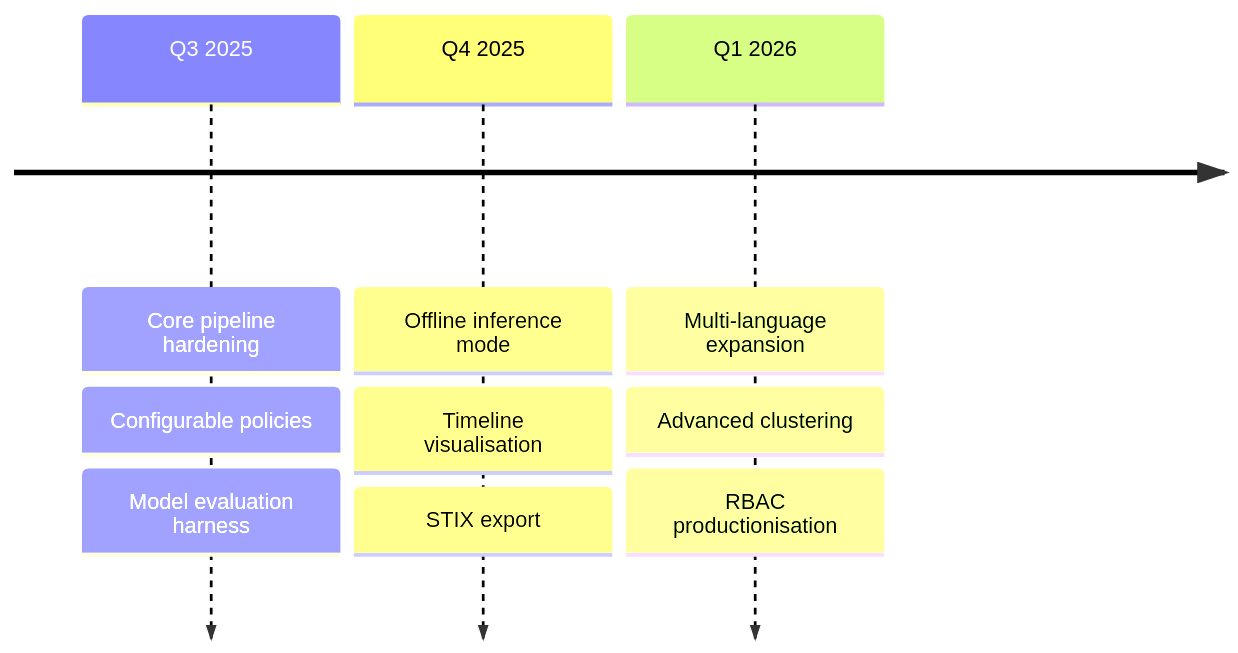
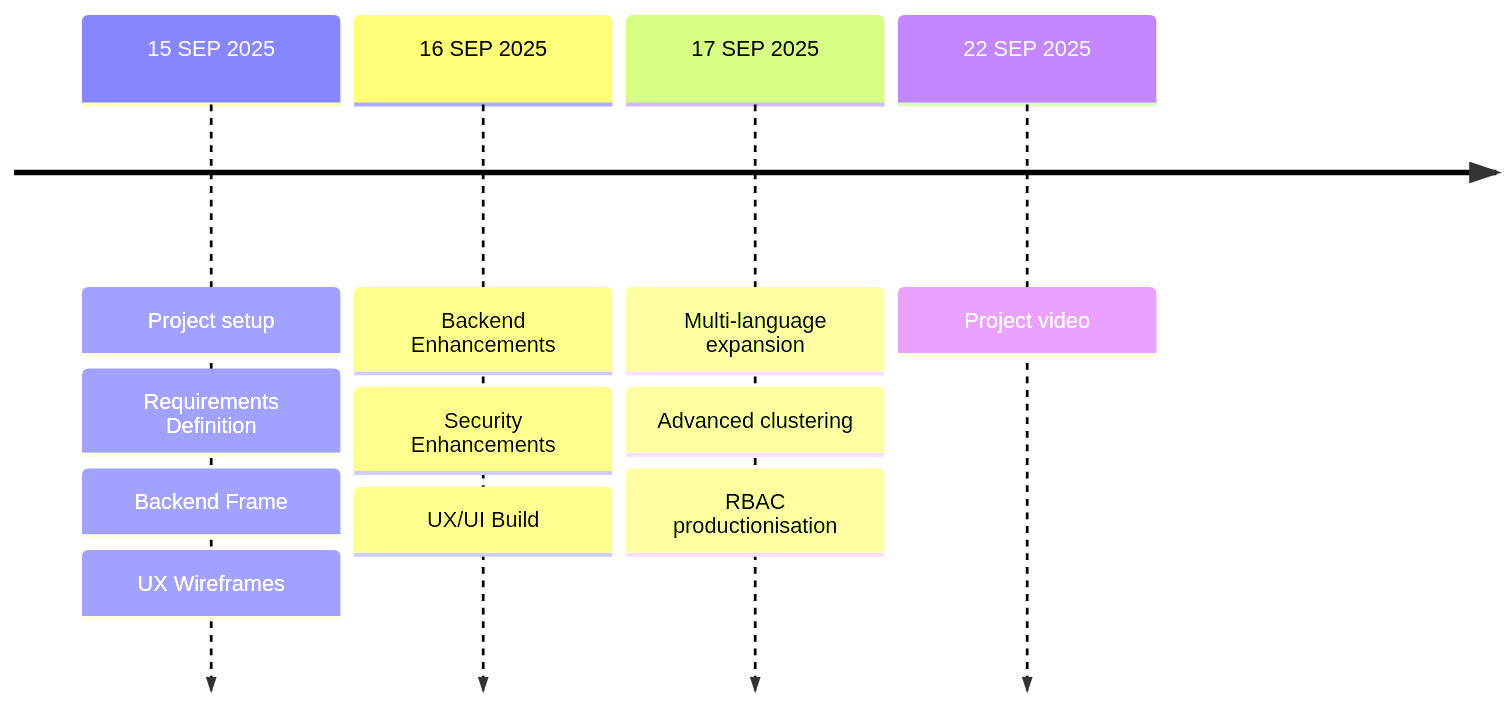
Before and after one commit to emmasteel/Hackathon-Chat-Detective: the diagram in README.md, drawn with Mermaid.

Commit message:
Update roadmap with new project milestones

````diff
--- a/README.md
+++ b/README.md
@@ -189,6 +189,7 @@
 ```mermaid
 timeline
-  Q3 2025 : Core pipeline hardening : Configurable policies : Model evaluation harness
-  Q4 2025 : Offline inference mode : Timeline visualisation : STIX export
-  Q1 2026 : Multi-language expansion : Advanced clustering : RBAC productionisation
+  15 SEP 2025 : Project setup : Requirements Definition : Backend Frame : UX Wireframes
+  16 SEP 2025 : Backend Enhancements : Security Enhancements : UX/UI Build
+  17 SEP 2025 : Multi-language expansion : Advanced clustering : RBAC productionisation
+  22 SEP 2025 : Project video
 ```
````
